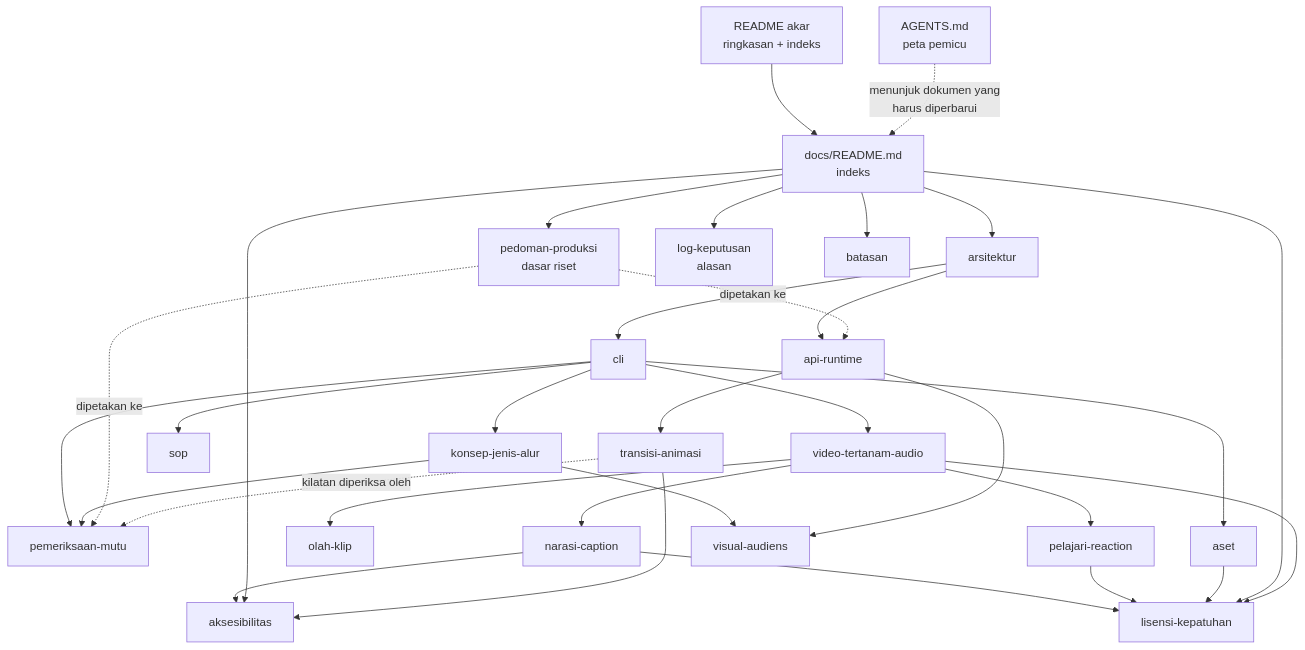
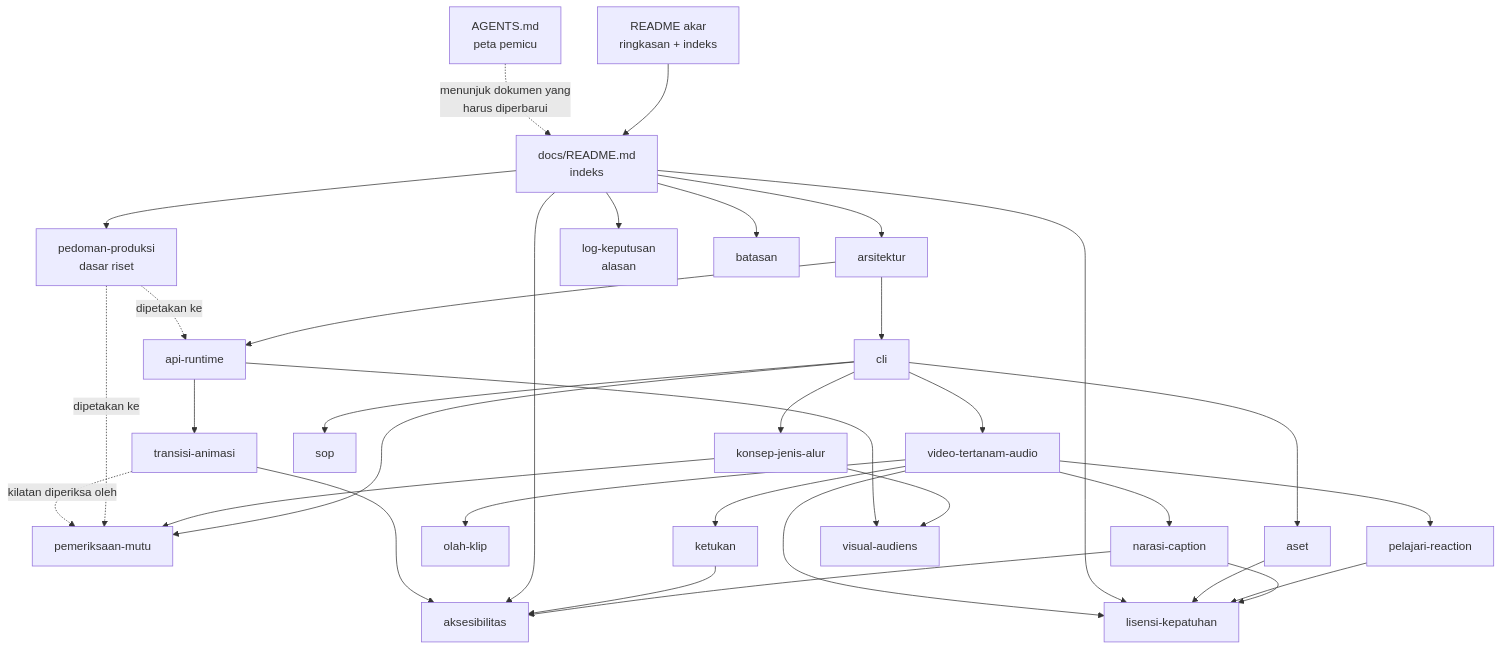
The diagram in docs/README.md (ahliweb/awvd), drawn with Mermaid before and after one commit. The commit also changed other lines of this file and 11 other files, not shown here.

````diff
--- a/docs/README.md
+++ b/docs/README.md
@@ -42,34 +43,36 @@
 ```mermaid
 flowchart TD
     R[README akar<br/>ringkasan + indeks] --> I[docs/README.md<br/>indeks]
     I --> A[arsitektur]
     A --> API[api-runtime]
     API --> TRA[transisi-animasi]
     A --> CLI[cli]
     CLI --> QC[pemeriksaan-mutu]
     CLI --> KLP[video-tertanam-audio]
     KLP --> PLJ[pelajari-reaction]
     KLP --> OLH[olah-klip]
     KLP --> NAR[narasi-caption]
     NAR --> AKS
+    KLP --> KET[ketukan]
+    KET --> AKS
     NAR --> LIS
     PLJ --> LIS
     CLI --> SOP[sop]
     CLI --> ASET[aset]
     ASET --> LIS
     CLI --> KON[konsep-jenis-alur]
     KON --> QC
     KON --> VIS[visual-audiens]
     API --> VIS
     I --> PP[pedoman-produksi<br/>dasar riset]
     I --> LK[log-keputusan<br/>alasan]
     I --> AKS[aksesibilitas]
     TRA --> AKS
     I --> BAT[batasan]
     I --> LIS[lisensi-kepatuhan]
     KLP --> LIS
     PP -.->|dipetakan ke| API
     PP -.->|dipetakan ke| QC
     TRA -.->|kilatan diperiksa oleh| QC
     AG[AGENTS.md<br/>peta pemicu] -.->|menunjuk dokumen yang<br/>harus diperbarui| I
 ```
````
